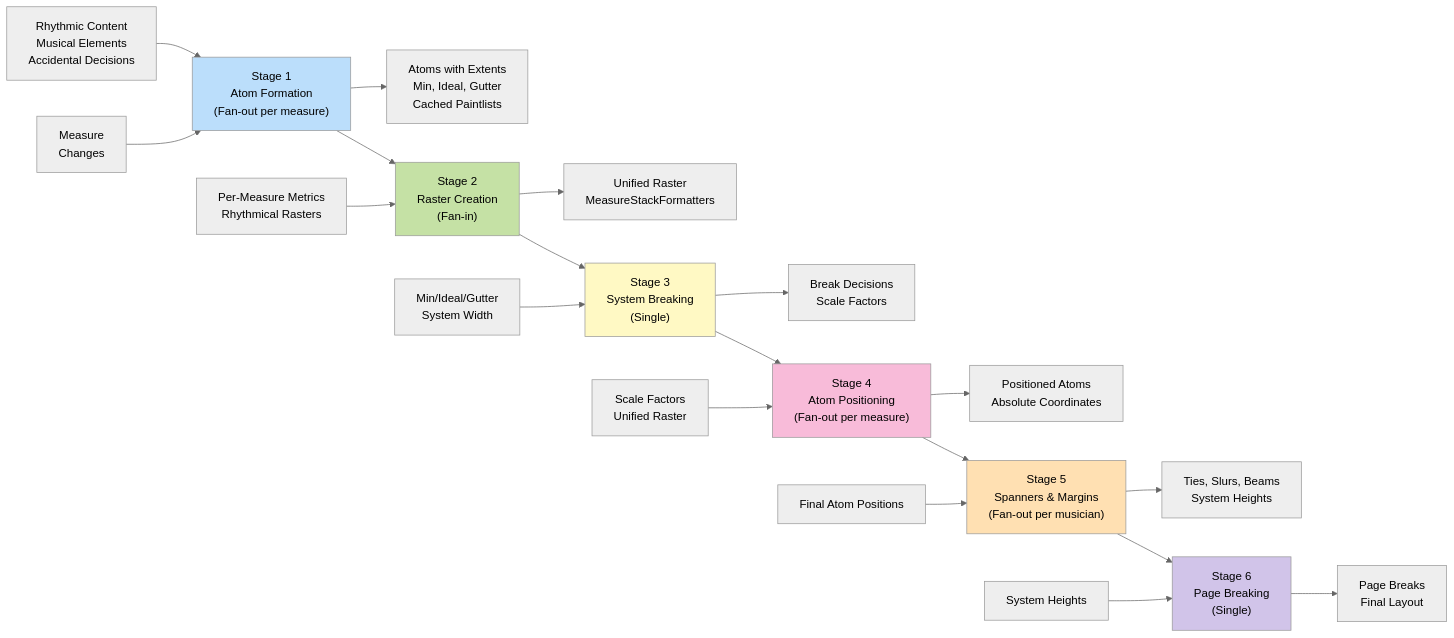
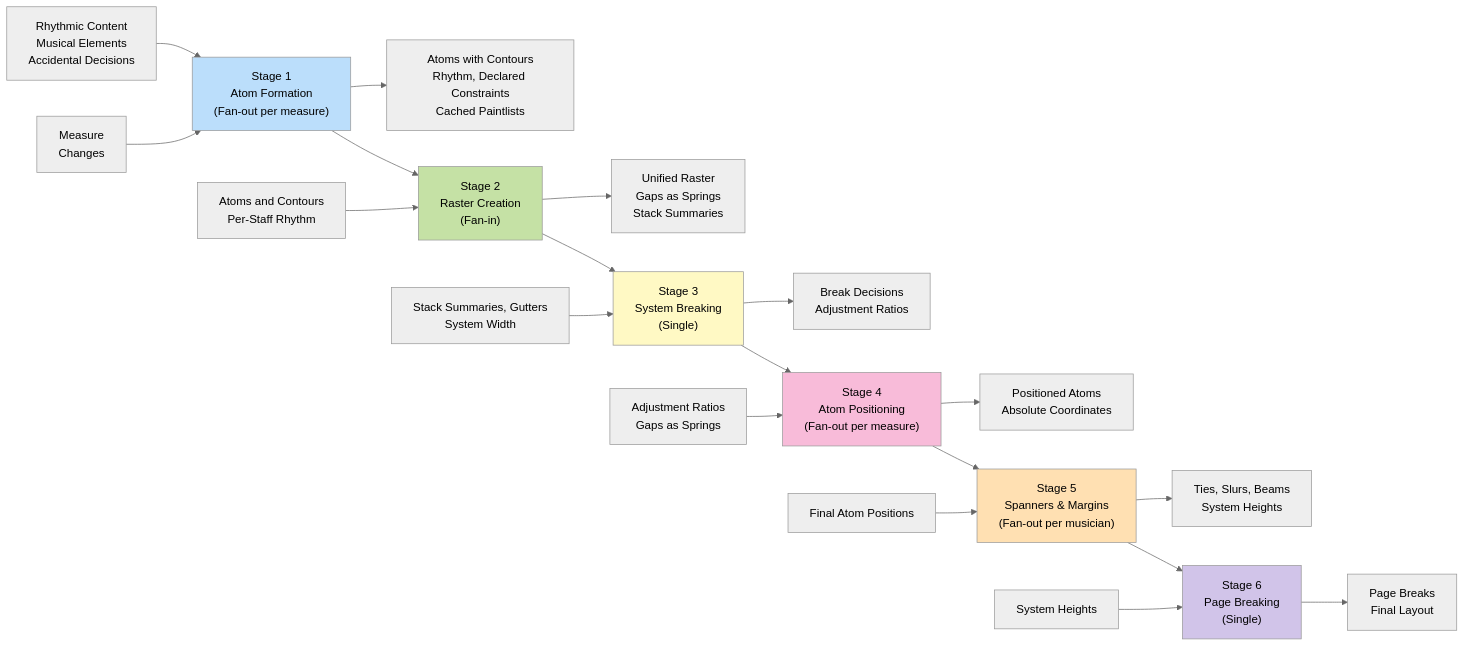
The first of 4 diagrams in ADRs/0028-Hierarchical-Rendering-Pipeline.md (PeterBengtson/Ooloi-docs), drawn with Mermaid (neutral theme) before and after one commit. The commit also changed other lines of this file and 2 other files, not shown here.

````diff
--- a/ADRs/0028-Hierarchical-Rendering-Pipeline.md
+++ b/ADRs/0028-Hierarchical-Rendering-Pipeline.md
@@ -77,34 +77,34 @@
 ```mermaid
 flowchart LR
     A[Measure<br/>Changes] --> B["Stage 1<br/>Atom Formation<br/>(Fan-out per measure)"]
     B --> C["Stage 2<br/>Raster Creation<br/>(Fan-in)"]
     C --> D["Stage 3<br/>System Breaking<br/>(Single)"]
     D --> E["Stage 4<br/>Atom Positioning<br/>(Fan-out per measure)"]
     E --> F["Stage 5<br/>Spanners & Margins<br/>(Fan-out per musician)"]
     F --> G["Stage 6<br/>Page Breaking<br/>(Single)"]
 
     B1[Rhythmic Content<br/>Musical Elements<br/>Accidental Decisions] --> B
-    B --> B2[Atoms with Extents<br/>Min, Ideal, Gutter<br/>Cached Paintlists]
+    B --> B2[Atoms with Contours<br/>Rhythm, Declared Constraints<br/>Cached Paintlists]
 
-    C1[Per-Measure Metrics<br/>Rhythmical Rasters] --> C
-    C --> C2[Unified Raster<br/>MeasureStackFormatters]
+    C1[Atoms and Contours<br/>Per-Staff Rhythm] --> C
+    C --> C2[Unified Raster<br/>Gaps as Springs<br/>Stack Summaries]
 
-    D1[Min/Ideal/Gutter<br/>System Width] --> D
-    D --> D2[Break Decisions<br/>Scale Factors]
+    D1[Stack Summaries, Gutters<br/>System Width] --> D
+    D --> D2[Break Decisions<br/>Adjustment Ratios]
 
-    E1[Scale Factors<br/>Unified Raster] --> E
+    E1[Adjustment Ratios<br/>Gaps as Springs] --> E
     E --> E2[Positioned Atoms<br/>Absolute Coordinates]
 
     F1[Final Atom Positions] --> F
     F --> F2[Ties, Slurs, Beams<br/>System Heights]
 
     G1[System Heights] --> G
     G --> G2[Page Breaks<br/>Final Layout]
 
     style B fill:#bbdefb,color:#000
     style C fill:#c5e1a5,color:#000
     style D fill:#fff9c4,color:#000
     style E fill:#f8bbd9,color:#000
     style F fill:#ffe0b2,color:#000
     style G fill:#d1c4e9,color:#000
 ```
````
